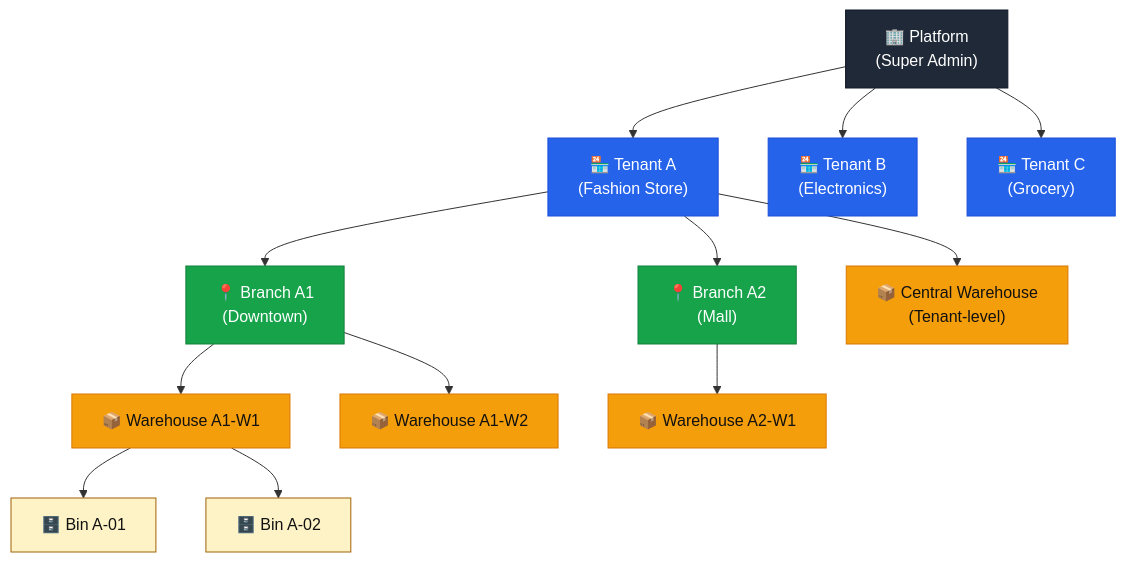
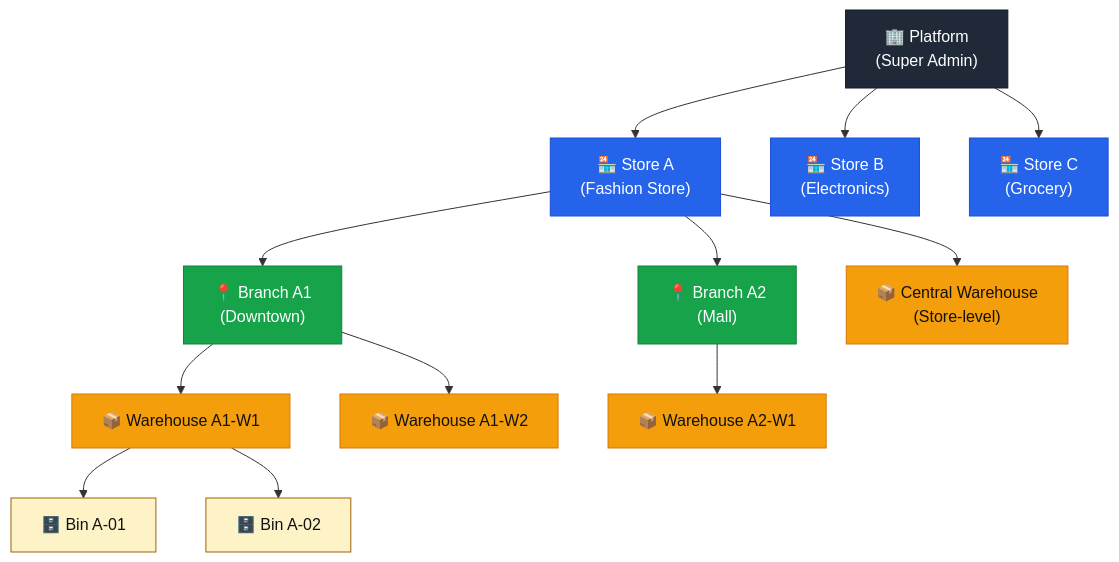
The third of 11 diagrams in doc/ARCHITECTURE.md (gowtamkumar/eCommerce-multi-store-saas-erp), drawn with Mermaid before and after one commit. The commit also changed other lines of this file and 764 other files, not shown here.

````diff
--- a/doc/ARCHITECTURE.md
+++ b/doc/ARCHITECTURE.md
@@ -498,32 +498,32 @@
 ```mermaid
 flowchart TB
     Platform["🏢 Platform<br/>(Super Admin)"]
 
-    Platform --> Tenant1["🏪 Tenant A<br/>(Fashion Store)"]
-    Platform --> Tenant2["🏪 Tenant B<br/>(Electronics)"]
-    Platform --> Tenant3["🏪 Tenant C<br/>(Grocery)"]
+    Platform --> Store1["🏪 Store A<br/>(Fashion Store)"]
+    Platform --> Store2["🏪 Store B<br/>(Electronics)"]
+    Platform --> Store3["🏪 Store C<br/>(Grocery)"]
 
-    Tenant1 --> Branch1["📍 Branch A1<br/>(Downtown)"]
-    Tenant1 --> Branch2["📍 Branch A2<br/>(Mall)"]
+    Store1 --> Branch1["📍 Branch A1<br/>(Downtown)"]
+    Store1 --> Branch2["📍 Branch A2<br/>(Mall)"]
 
     Branch1 --> Warehouse1["📦 Warehouse A1-W1"]
     Branch1 --> Warehouse2["📦 Warehouse A1-W2"]
     Branch2 --> Warehouse3["📦 Warehouse A2-W1"]
 
-    Tenant1 --> CentralWH["📦 Central Warehouse<br/>(Tenant-level)"]
+    Store1 --> CentralWH["📦 Central Warehouse<br/>(Store-level)"]
 
     Warehouse1 --> Bin1["🗄️ Bin A-01"]
     Warehouse1 --> Bin2["🗄️ Bin A-02"]
 
     classDef platform fill:#1f2937,stroke:#111827,color:#fff
-    classDef tenant fill:#2563eb,stroke:#1d4ed8,color:#fff
+    classDef store fill:#2563eb,stroke:#1d4ed8,color:#fff
     classDef branch fill:#16a34a,stroke:#15803d,color:#fff
     classDef warehouse fill:#f59e0b,stroke:#d97706,color:#111
     classDef bin fill:#fef3c7,stroke:#a16207,color:#111
 
     class Platform platform
-    class Tenant1,Tenant2,Tenant3 tenant
+    class Store1,Store2,Store3 store
     class Branch1,Branch2 branch
     class Warehouse1,Warehouse2,Warehouse3,CentralWH warehouse
     class Bin1,Bin2 bin
 ```
````
